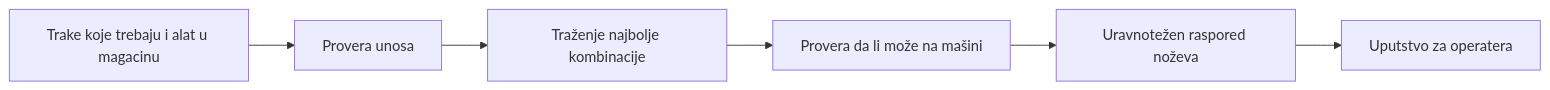
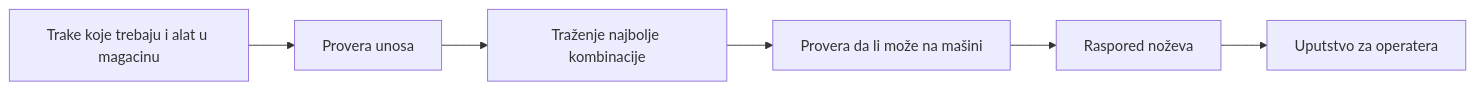
One commit to Sogli/shop-floor-tools changed the first of 2 diagrams in README.md. Above: the diagram before and after it, drawn with Mermaid. The commit also changed other lines of this file, not shown here.

````diff
--- a/README.md
+++ b/README.md
@@ -49,8 +49,8 @@
 ```mermaid
 flowchart LR
     A["Trake koje trebaju i alat u magacinu"] --> B["Provera unosa"]
     B --> C["Traženje najbolje kombinacije"]
     C --> D["Provera da li može na mašini"]
-    D --> E["Uravnotežen raspored noževa"]
+    D --> E["Raspored noževa"]
     E --> F["Uputstvo za operatera"]
 ```
````
